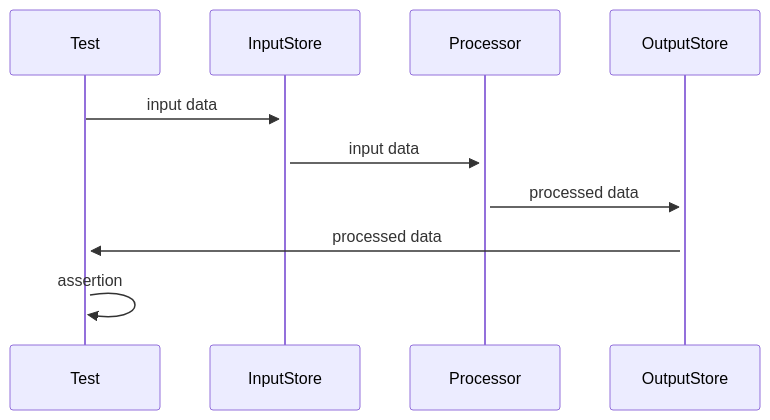
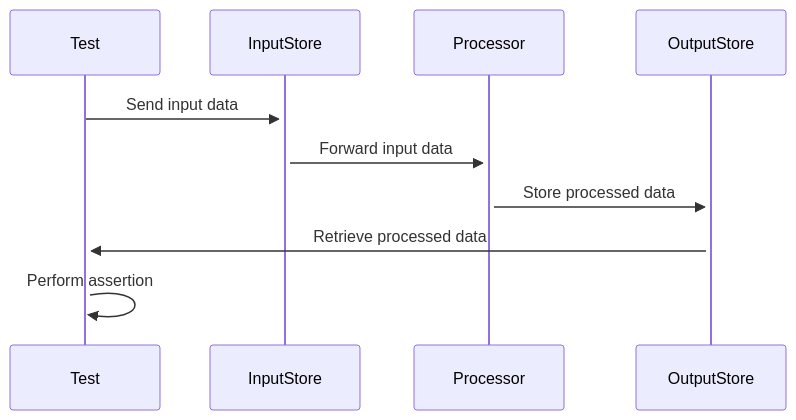
The diagram in articles/how_to_guarantee_race_condtions_in_int_testing.md (jonashdown/Blog), drawn with Mermaid before and after one commit. The commit also changed 2 other files, not shown here.

Commit message:
update (#29)
* add colors

* ignore vscode

* added labels

````diff
--- a/articles/how_to_guarantee_race_condtions_in_int_testing.md
+++ b/articles/how_to_guarantee_race_condtions_in_int_testing.md
@@ -22,8 +22,8 @@
 ```mermaid
 sequenceDiagram
-  Test->>+InputStore: input data
-  InputStore->>+Processor: input data
-  Processor->>+OutputStore: processed data
-  OutputStore->>+Test: processed data
-  Test->>+Test: assertion
+  Test->>+InputStore: Send input data
+  InputStore->>+Processor: Forward input data
+  Processor->>+OutputStore: Store processed data
+  OutputStore->>+Test: Retrieve processed data
+  Test->>+Test: Perform assertion
 ```
````
